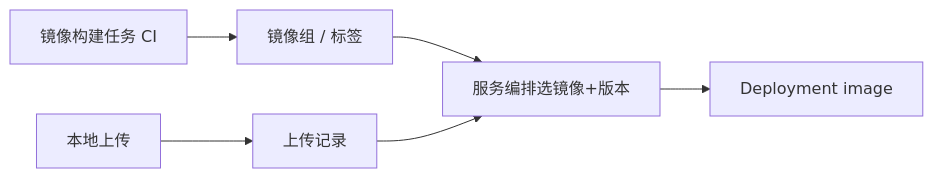
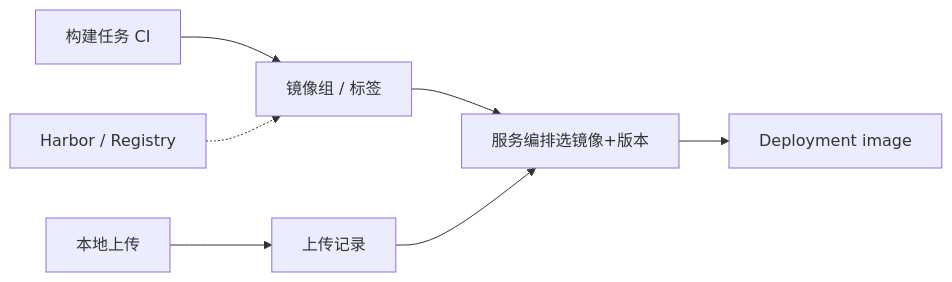
Diagram 15 of 28 in docs/requirements/rewrite-requirements.md (csm0617/paas-mosp-backend), drawn with Mermaid before and after one commit. The commit also changed other lines of this file, not shown here.

First line of the commit message:
docs(requirements): 需求规格改版为 v2.0，补齐背景、原理、示例与 28 张图

````diff
--- a/docs/requirements/rewrite-requirements.md
+++ b/docs/requirements/rewrite-requirements.md
@@ -372,8 +879,9 @@
 ```mermaid
 flowchart LR
-  A[镜像构建任务 CI] --> B[镜像组 / 标签]
-  U[本地上传] --> C[上传记录]
-  B --> D[服务编排选镜像+版本]
+  A["构建任务 CI"] --> B["镜像组 / 标签"]
+  U["本地上传"] --> C["上传记录"]
+  B --> D["服务编排选镜像+版本"]
   C --> D
-  D --> E[Deployment image]
+  D --> E["Deployment image"]
+  H["Harbor / Registry"] -.-> B
 ```
````
